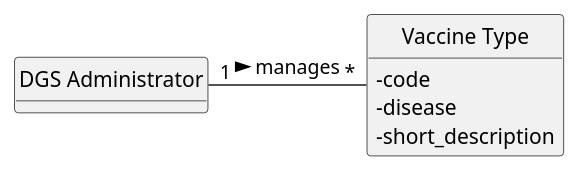
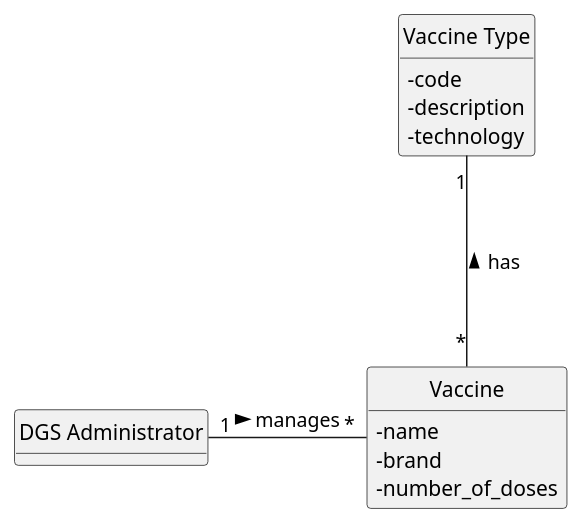
One commit to afonso51111/leti-esoft-25-26-A33 changed the diagram in project-template/docs/sprint3/US12/puml/US12-MD.puml. Above: the diagram before and after it, drawn with PlantUML. The commit also changed 61 other files, not shown here.

```diff
--- a/project-template/docs/sprint3/US12/puml/US12-MD.puml
+++ b/project-template/docs/sprint3/US12/puml/US12-MD.puml
@@ -1,16 +1,24 @@
 @startuml
 hide circle
 hide methods
 skinparam classAttributeIconSize 0
 
 class "DGS Administrator" {
 }
 
+class Vaccine {
+  - name
+  - brand
+  - number_of_doses
+}
+
 class "Vaccine Type" {
   - code
-  - disease
-  - short_description
+  - description
+  - technology
 }
 
-"DGS Administrator" "1" -right-- "*" "Vaccine Type": manages >
+"DGS Administrator" "1" -right-- "*" Vaccine: manages >
+Vaccine "*" -up-- "1" "Vaccine Type": has >
+
 @enduml
```
